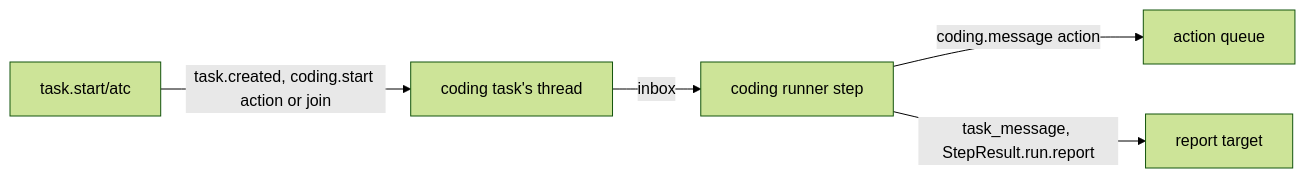
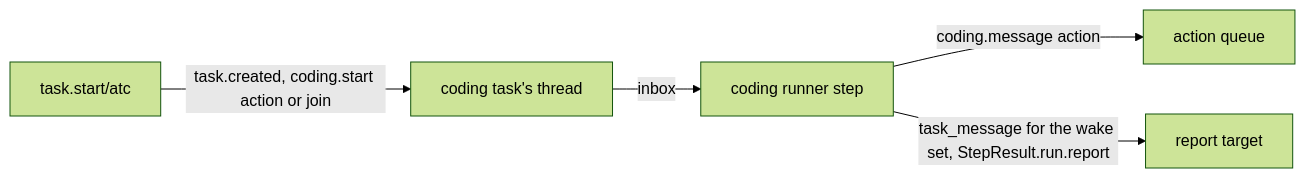
One commit to zgeoff/nixie changed the diagram in docs/design/queue/coding-session-runner/runner.md. Above: the diagram before and after it, drawn with Mermaid (forest theme). The commit also changed other lines of this file and 3 other files, not shown here.

````diff
--- a/docs/design/queue/coding-session-runner/runner.md
+++ b/docs/design/queue/coding-session-runner/runner.md
@@ -16,7 +17,7 @@
 ```mermaid
 flowchart LR
   start[task.start/atc] -->|"task.created, coding.start action or join"| thread[coding task's thread]
   thread -->|inbox| step[coding runner step]
   step -->|"coding.message action"| queue[action queue]
-  step -->|"task_message, StepResult.run.report"| target[report target]
+  step -->|"task_message for the wake set, StepResult.run.report"| target[report target]
 ```
````
